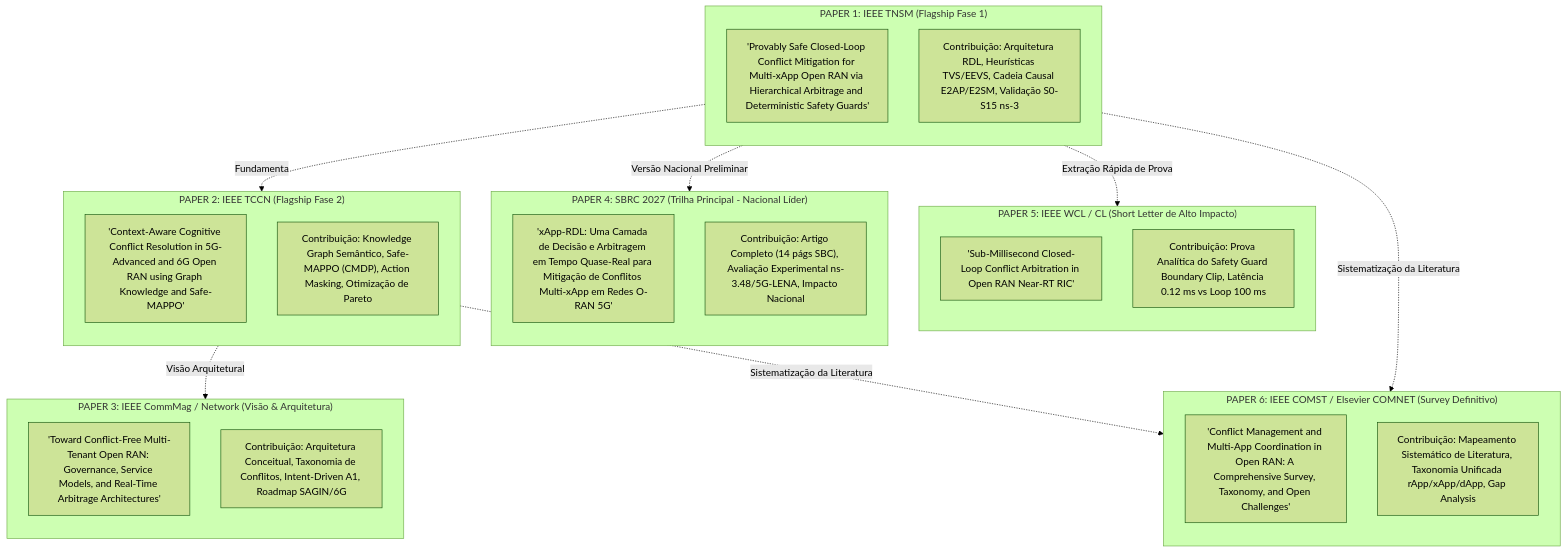
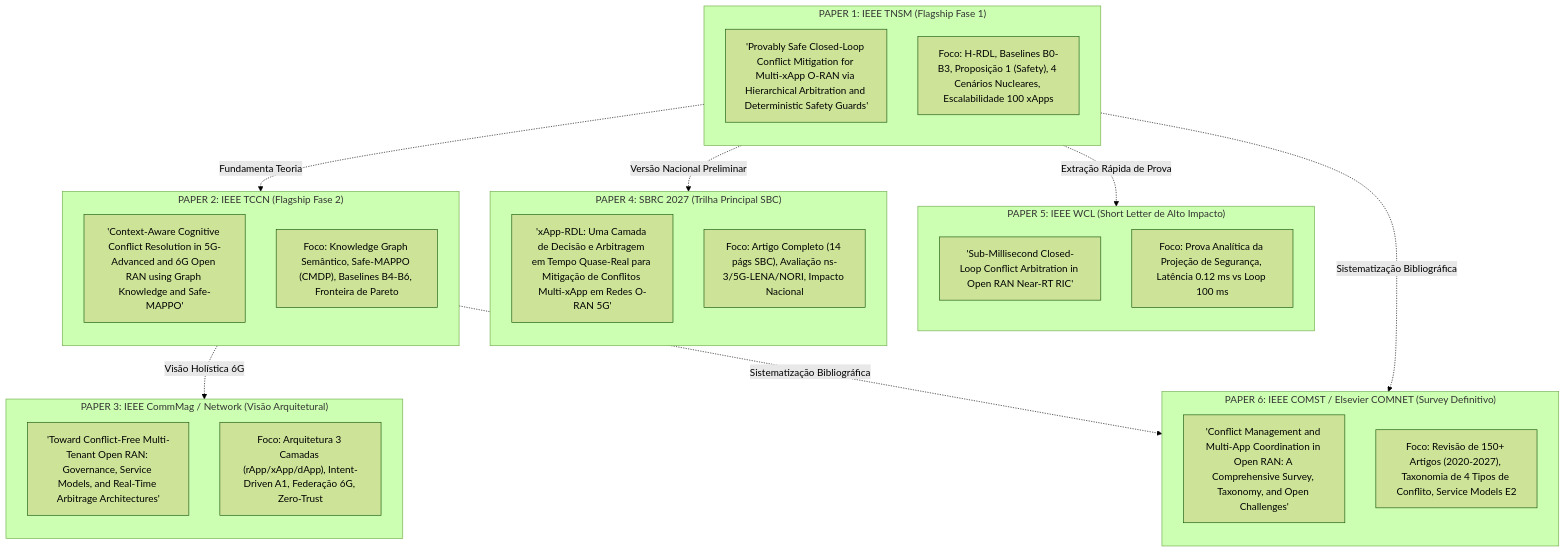
Before and after one commit to georgebarbosa3090/XApp-RDL-F2: the first of 3 diagrams in docs/08_planejamento_estrategico_revistas_publicacao_2026.md, drawn with Mermaid (forest theme). The commit also changed other lines of this file, not shown here.

Commit message:
docs: alinha Manuscrito 1 com diretrizes da IEEE TNSM e formalismo de segurança

````diff
--- a/docs/08_planejamento_estrategico_revistas_publicacao_2026.md
+++ b/docs/08_planejamento_estrategico_revistas_publicacao_2026.md
@@ -76,44 +93,44 @@
 ```mermaid
 flowchart TD
     subgraph P1["PAPER 1: IEEE TNSM (Flagship Fase 1)"]
         direction TB
-        T1["'Provably Safe Closed-Loop Conflict Mitigation for Multi-xApp Open RAN via Hierarchical Arbitrage and Deterministic Safety Guards'"]
-        C1["Contribuição: Arquitetura RDL, Heurísticas TVS/EEVS, Cadeia Causal E2AP/E2SM, Validação S0-S15 ns-3"]
+        T1["'Provably Safe Closed-Loop Conflict Mitigation for Multi-xApp O-RAN via Hierarchical Arbitration and Deterministic Safety Guards'"]
+        C1["Foco: H-RDL, Baselines B0-B3, Proposição 1 (Safety), 4 Cenários Nucleares, Escalabilidade 100 xApps"]
     end
 
     subgraph P2["PAPER 2: IEEE TCCN (Flagship Fase 2)"]
         direction TB
         T2["'Context-Aware Cognitive Conflict Resolution in 5G-Advanced and 6G Open RAN using Graph Knowledge and Safe-MAPPO'"]
-        C2["Contribuição: Knowledge Graph Semântico, Safe-MAPPO (CMDP), Action Masking, Otimização de Pareto"]
+        C2["Foco: Knowledge Graph Semântico, Safe-MAPPO (CMDP), Baselines B4-B6, Fronteira de Pareto"]
     end
 
-    subgraph P3["PAPER 3: IEEE CommMag / Network (Visão & Arquitetura)"]
+    subgraph P3["PAPER 3: IEEE CommMag / Network (Visão Arquitetural)"]
         direction TB
         T3["'Toward Conflict-Free Multi-Tenant Open RAN: Governance, Service Models, and Real-Time Arbitrage Architectures'"]
-        C3["Contribuição: Arquitetura Conceitual, Taxonomia de Conflitos, Intent-Driven A1, Roadmap SAGIN/6G"]
+        C3["Foco: Arquitetura 3 Camadas (rApp/xApp/dApp), Intent-Driven A1, Federação 6G, Zero-Trust"]
     end
 
-    subgraph P4["PAPER 4: SBRC 2027 (Trilha Principal - Nacional Líder)"]
+    subgraph P4["PAPER 4: SBRC 2027 (Trilha Principal SBC)"]
         direction TB
         T4["'xApp-RDL: Uma Camada de Decisão e Arbitragem em Tempo Quase-Real para Mitigação de Conflitos Multi-xApp em Redes O-RAN 5G'"]
-        C4["Contribuição: Artigo Completo (14 págs SBC), Avaliação Experimental ns-3.48/5G-LENA, Impacto Nacional"]
+        C4["Foco: Artigo Completo (14 págs SBC), Avaliação ns-3/5G-LENA/NORI, Impacto Nacional"]
     end
 
-    subgraph P5["PAPER 5: IEEE WCL / CL (Short Letter de Alto Impacto)"]
+    subgraph P5["PAPER 5: IEEE WCL (Short Letter de Alto Impacto)"]
         direction TB
         T5["'Sub-Millisecond Closed-Loop Conflict Arbitration in Open RAN Near-RT RIC'"]
-        C5["Contribuição: Prova Analítica do Safety Guard Boundary Clip, Latência 0.12 ms vs Loop 100 ms"]
+        C5["Foco: Prova Analítica da Projeção de Segurança, Latência 0.12 ms vs Loop 100 ms"]
     end
 
     subgraph P6["PAPER 6: IEEE COMST / Elsevier COMNET (Survey Definitivo)"]
         direction TB
         T6["'Conflict Management and Multi-App Coordination in Open RAN: A Comprehensive Survey, Taxonomy, and Open Challenges'"]
-        C6["Contribuição: Mapeamento Sistemático de Literatura, Taxonomia Unificada rApp/xApp/dApp, Gap Analysis"]
+        C6["Foco: Revisão de 150+ Artigos (2020-2027), Taxonomia de 4 Tipos de Conflito, Service Models E2"]
     end
 
-    P1 -.->|"Fundamenta"| P2
+    P1 -.->|"Fundamenta Teoria"| P2
     P1 -.->|"Versão Nacional Preliminar"| P4
     P1 -.->|"Extração Rápida de Prova"| P5
-    P2 -.->|"Visão Arquitetural"| P3
-    P1 & P2 -.->|"Sistematização da Literatura"| P6
+    P2 -.->|"Visão Holística 6G"| P3
+    P1 & P2 -.->|"Sistematização Bibliográfica"| P6
 ```
````
